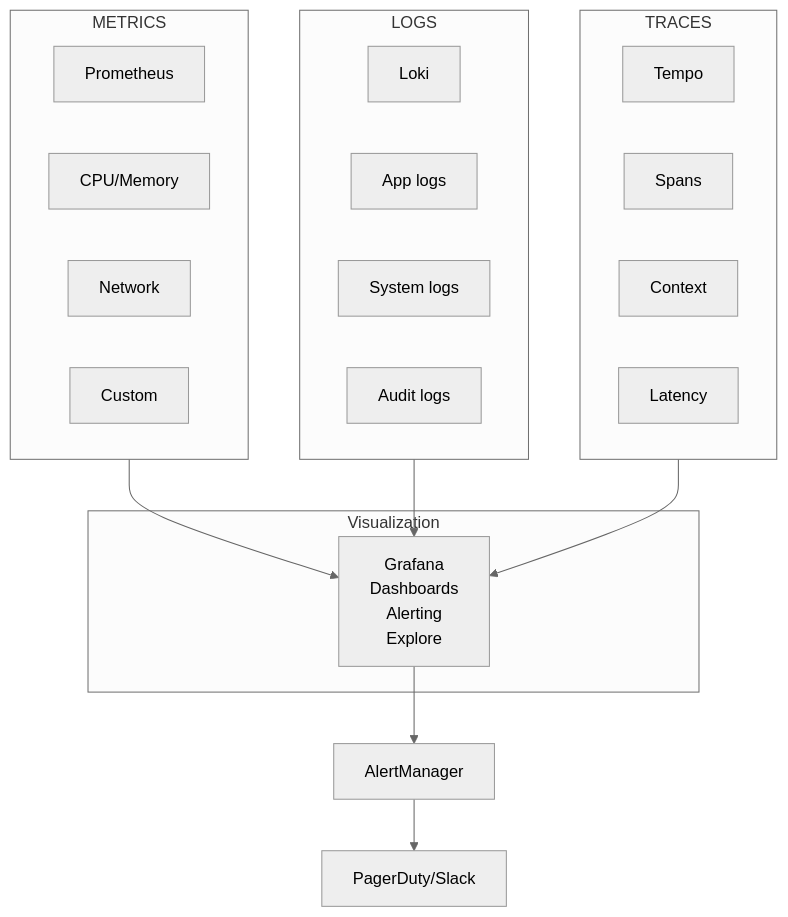
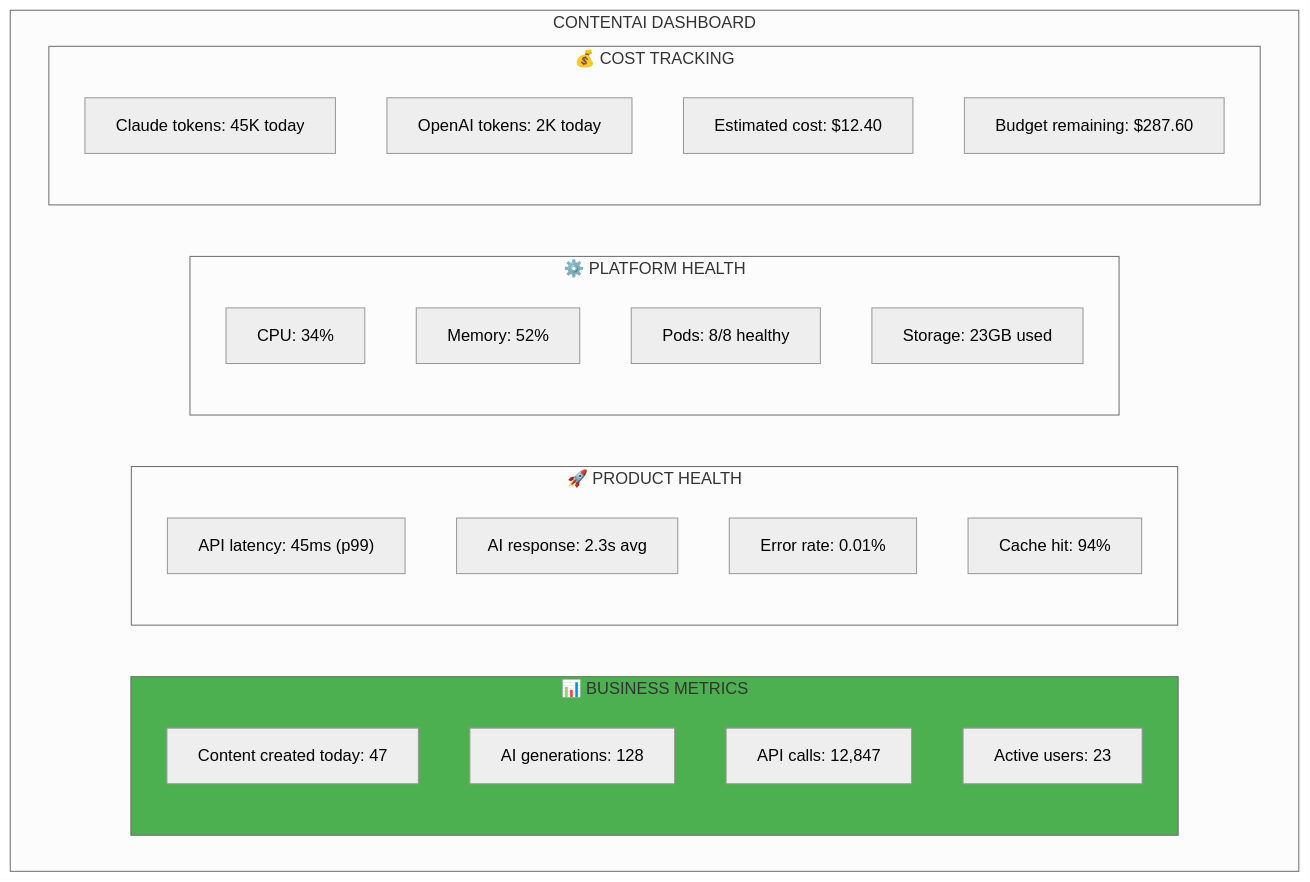
One commit to PearlThoughtsInternship/Internship-Obsidian-Vault changed the eighth of 9 diagrams in DevOps/01-Product/03-Capabilities.md. Above: the diagram before and after it, drawn with Mermaid (neutral theme). The commit also changed other lines of this file and 1 other file, not shown here.

First line of the commit message:
Rewrite Capabilities and Target Architecture with ContentAI focus

````diff
--- a/DevOps/01-Product/03-Capabilities.md
+++ b/DevOps/01-Product/03-Capabilities.md
@@ -157,34 +293,34 @@
 ```mermaid
 flowchart TB
-    subgraph Metrics["METRICS"]
-        Prom["Prometheus"]
-        M1["CPU/Memory"]
-        M2["Network"]
-        M3["Custom"]
+    subgraph Dashboard["CONTENTAI DASHBOARD"]
+        subgraph Business["📊 BUSINESS METRICS"]
+            BM1["Content created today: 47"]
+            BM2["AI generations: 128"]
+            BM3["API calls: 12,847"]
+            BM4["Active users: 23"]
+        end
+
+        subgraph Product["🚀 PRODUCT HEALTH"]
+            PM1["API latency: 45ms (p99)"]
+            PM2["AI response: 2.3s avg"]
+            PM3["Error rate: 0.01%"]
+            PM4["Cache hit: 94%"]
+        end
+
+        subgraph Platform["⚙️ PLATFORM HEALTH"]
+            PL1["CPU: 34%"]
+            PL2["Memory: 52%"]
+            PL3["Pods: 8/8 healthy"]
+            PL4["Storage: 23GB used"]
+        end
+
+        subgraph Costs["💰 COST TRACKING"]
+            C1["Claude tokens: 45K today"]
+            C2["OpenAI tokens: 2K today"]
+            C3["Estimated cost: $12.40"]
+            C4["Budget remaining: $287.60"]
+        end
     end
 
-    subgraph Logs["LOGS"]
-        Loki["Loki"]
-        L1["App logs"]
-        L2["System logs"]
-        L3["Audit logs"]
-    end
-
-    subgraph Traces["TRACES"]
-        Tempo["Tempo"]
-        T1["Spans"]
-        T2["Context"]
-        T3["Latency"]
-    end
-
-    Metrics --> Grafana
-    Logs --> Grafana
-    Traces --> Grafana
-
-    subgraph Visualization["Visualization"]
-        Grafana["Grafana<br/>Dashboards<br/>Alerting<br/>Explore"]
-    end
-
-    Grafana --> Alert["AlertManager"]
-    Alert --> PagerDuty["PagerDuty/Slack"]
+    style Business fill:#4CAF50
 ```
````
